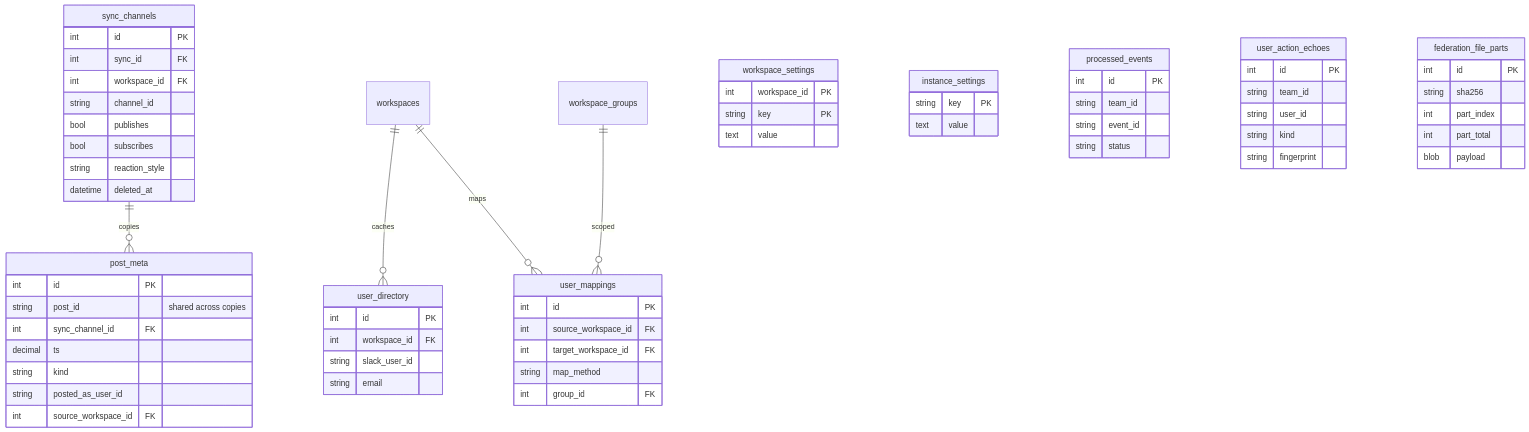
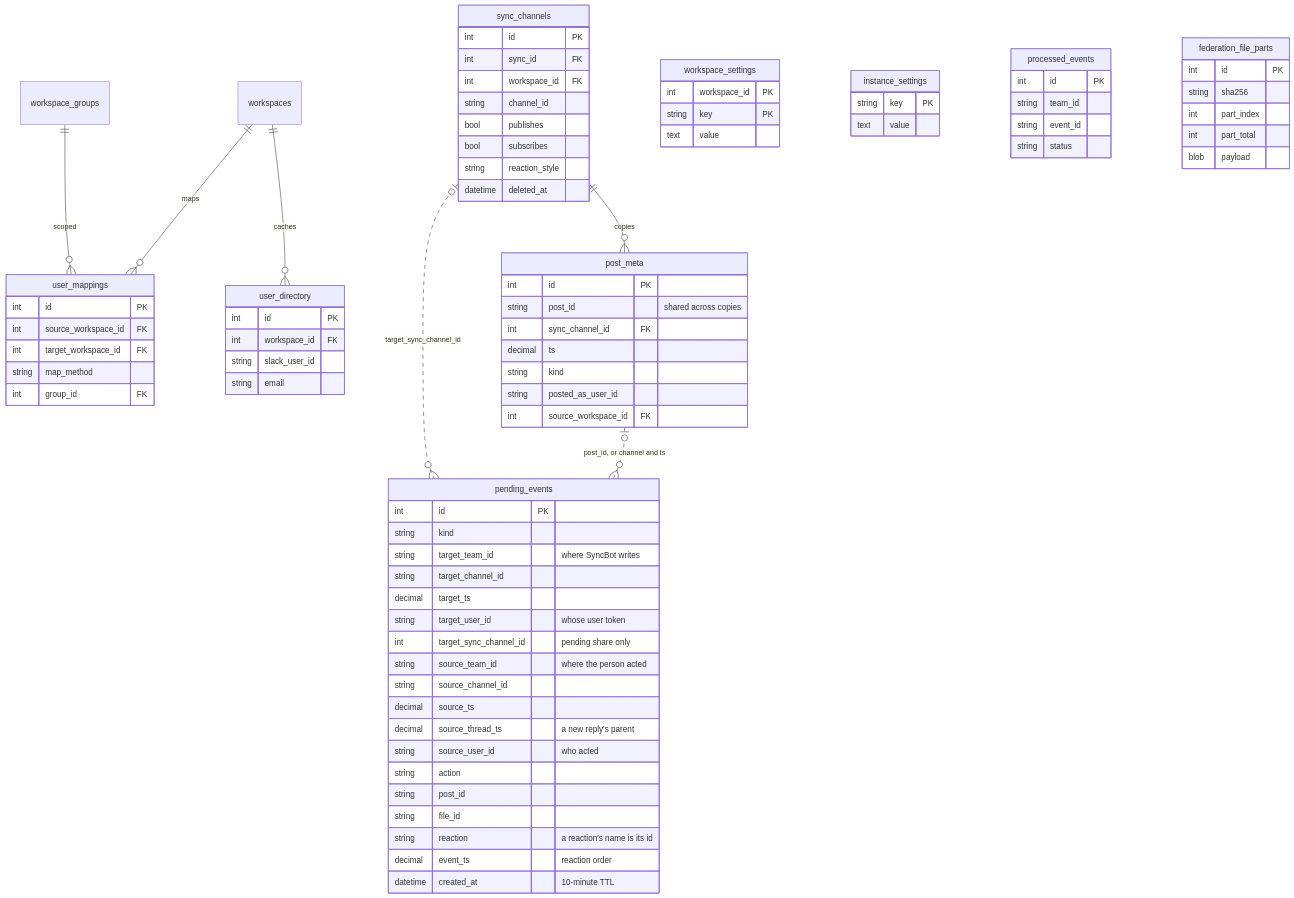
One commit to F3Nation-Community/slack-syncbot changed the second of 7 diagrams in docs/ARCHITECTURE.md. Above: the diagram before and after it, drawn with Mermaid. The commit also changed other lines of this file and 38 other files, not shown here.

Commit message:
fix: replace user_action_echoes with pending_events, swept on the pulse

```diff
--- a/docs/ARCHITECTURE.md
+++ b/docs/ARCHITECTURE.md
@@ -112,6 +112,8 @@
     workspaces ||--o{ user_directory : caches
     workspaces ||--o{ user_mappings : maps
     workspace_groups ||--o{ user_mappings : scoped
+    sync_channels |o..o{ pending_events : "target_sync_channel_id"
+    post_meta |o..o{ pending_events : "post_id, or channel and ts"
 
     sync_channels {
         int id PK
@@ -160,12 +162,25 @@
         string event_id
         string status
     }
-    user_action_echoes {
+    pending_events {
         int id PK
-        string team_id
-        string user_id
         string kind
-        string fingerprint
+        string target_team_id "where SyncBot writes"
+        string target_channel_id
+        decimal target_ts
+        string target_user_id "whose user token"
+        int target_sync_channel_id "pending share only"
+        string source_team_id "where the person acted"
+        string source_channel_id
+        decimal source_ts
+        decimal source_thread_ts "a new reply's parent"
+        string source_user_id "who acted"
+        string action
+        string post_id
+        string file_id
+        string reaction "a reaction's name is its id"
+        decimal event_ts "reaction order"
+        datetime created_at "10-minute TTL"
     }
     federation_file_parts {
         int id PK
```
